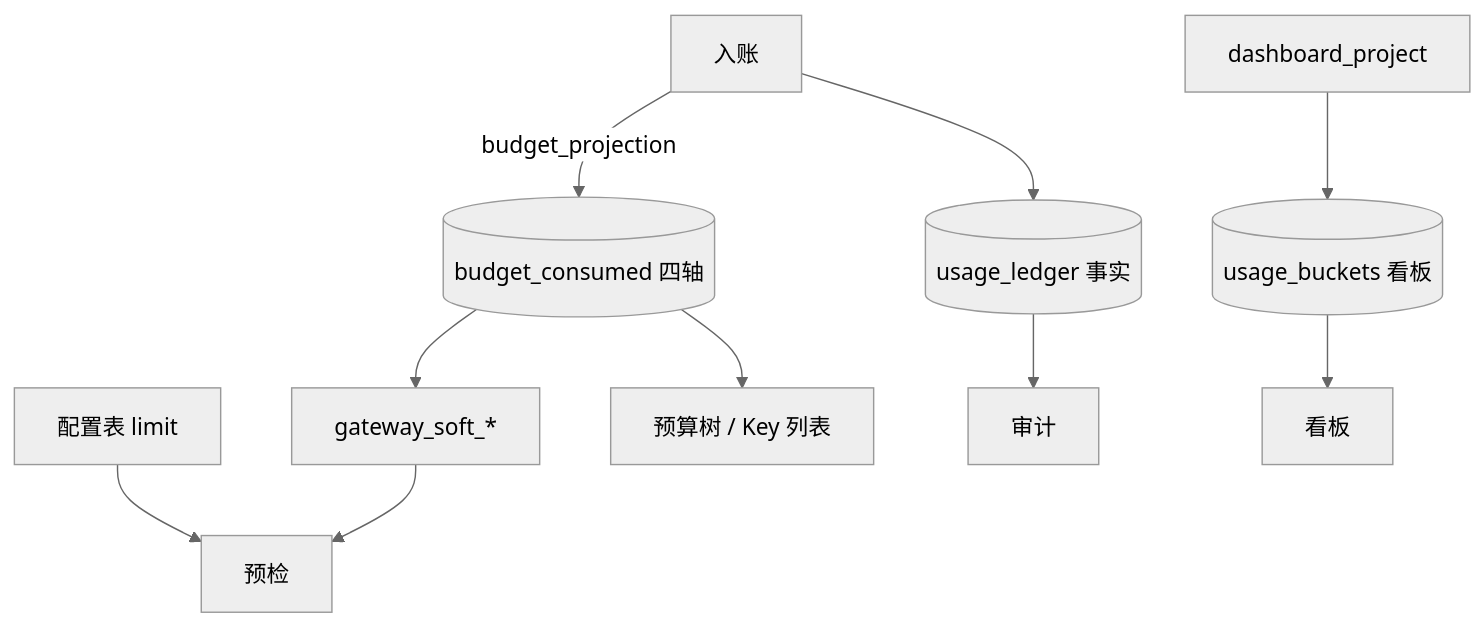
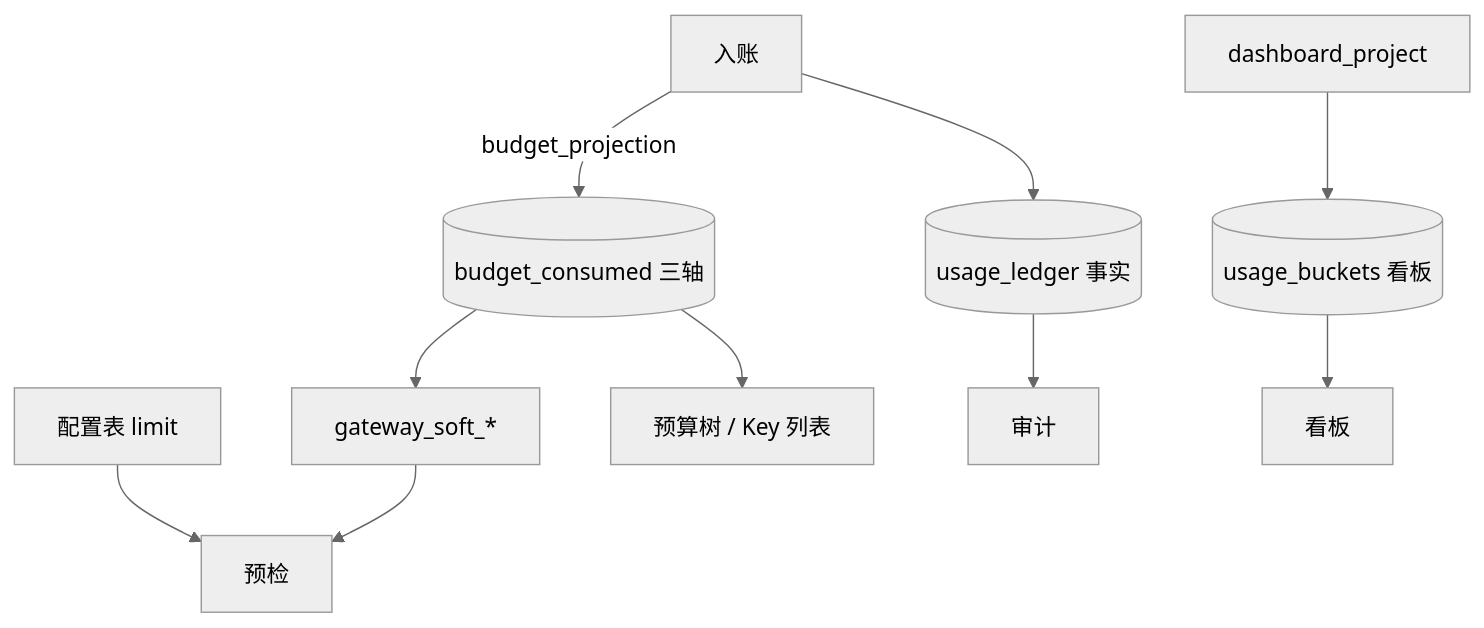
One commit to quyip8818/mytokenjoy changed the sixth of 10 diagrams in docs/Backend-预算.md. Above: the diagram before and after it, drawn with Mermaid (neutral theme). The commit also changed other lines of this file and 105 other files, not shown here.

````diff
--- a/docs/Backend-预算.md
+++ b/docs/Backend-预算.md
@@ -250,18 +261,18 @@
 ```mermaid
 flowchart TB
   UL[(usage_ledger 事实)]
-  BS[(budget_consumed 四轴)]
+  BS[(budget_consumed 三轴)]
   GS[gateway_soft_*]
   UB[(usage_buckets 看板)]
   CFG[配置表 limit]
 
   ING[入账] --> UL
   ING -->|budget_projection| BS
   BS --> GS
   PER[dashboard_project] --> UB
   CFG --> GW[预检]
   GS --> GW
   BS --> UI[预算树 / Key 列表]
   UL --> AUD[审计]
   UB --> DASH[看板]
 ```
````
